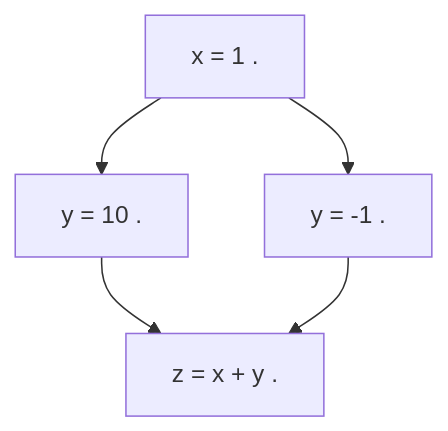
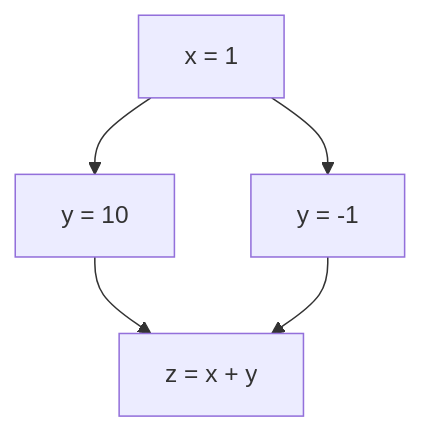
The first of 2 diagrams in content/blog/SDL/静态程序分析/静态程序分析基础.md (Yuy0ung/Yuy0ung.github.io), drawn with Mermaid before and after one commit. The commit also changed other lines of this file, not shown here.

```diff
--- a/content/blog/SDL/静态程序分析/静态程序分析基础.md
+++ b/content/blog/SDL/静态程序分析/静态程序分析基础.md
@@ -73,7 +73,7 @@
     ~~~mermaid
     flowchart TD
-        B[x = 1 .] -->D[y = 10 .]
-        B[x = 1 .] -->E[y = -1 .]
-        D --> F[z = x + y .]
+        B[x = 1] -->D[y = 10]
+        B[x = 1] -->E[y = -1]
+        D --> F[z = x + y]
         E --> F
     ~~~
```
